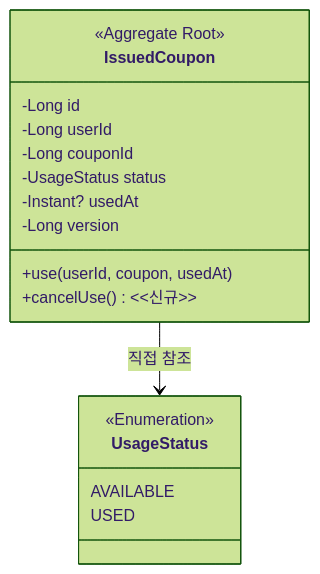
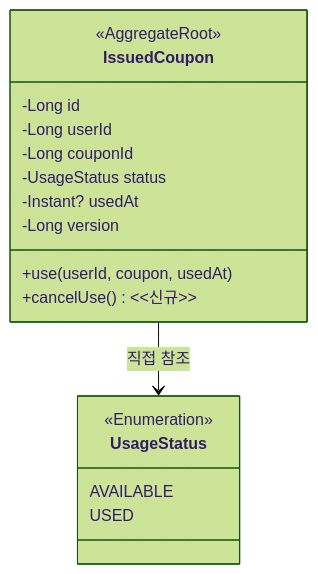
The sixth of 7 diagrams in docs/week6/도메인_모델링_문서_PG연동.md (Loopers-dev-lab/loopers-spring-kotlin-template), drawn with Mermaid (forest theme) before and after one commit. The commit also changed other lines of this file and 1 other file, not shown here.

````diff
--- a/docs/week6/도메인_모델링_문서_PG연동.md
+++ b/docs/week6/도메인_모델링_문서_PG연동.md
@@ -342,22 +373,22 @@
 ```mermaid
 classDiagram
     class IssuedCoupon {
-        <<Aggregate Root>>
-        -Long id
-        -Long userId
-        -Long couponId
-        -UsageStatus status
-        -Instant? usedAt
-        -Long version
-        +use(userId, coupon, usedAt)
-        +cancelUse() <<신규>>
-    }
+<<AggregateRoot>>
+-Long id
+-Long userId
+-Long couponId
+-UsageStatus status
+-Instant? usedAt
+-Long version
++use(userId, coupon, usedAt)
++cancelUse() <<신규>>
+}
 
-    class UsageStatus {
-        <<Enumeration>>
-        AVAILABLE
-        USED
-    }
+class UsageStatus {
+<<Enumeration>>
+AVAILABLE
+USED
+}
 
-    IssuedCoupon --> UsageStatus : 직접 참조
+IssuedCoupon --> UsageStatus: 직접 참조
 ```
````
